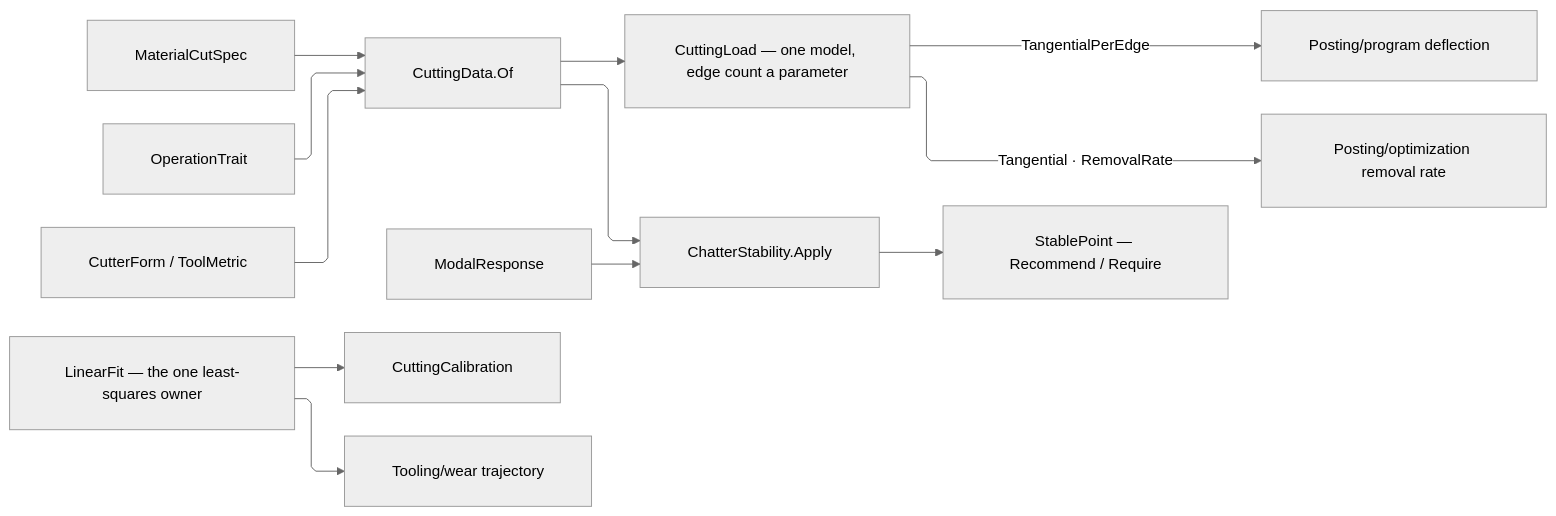
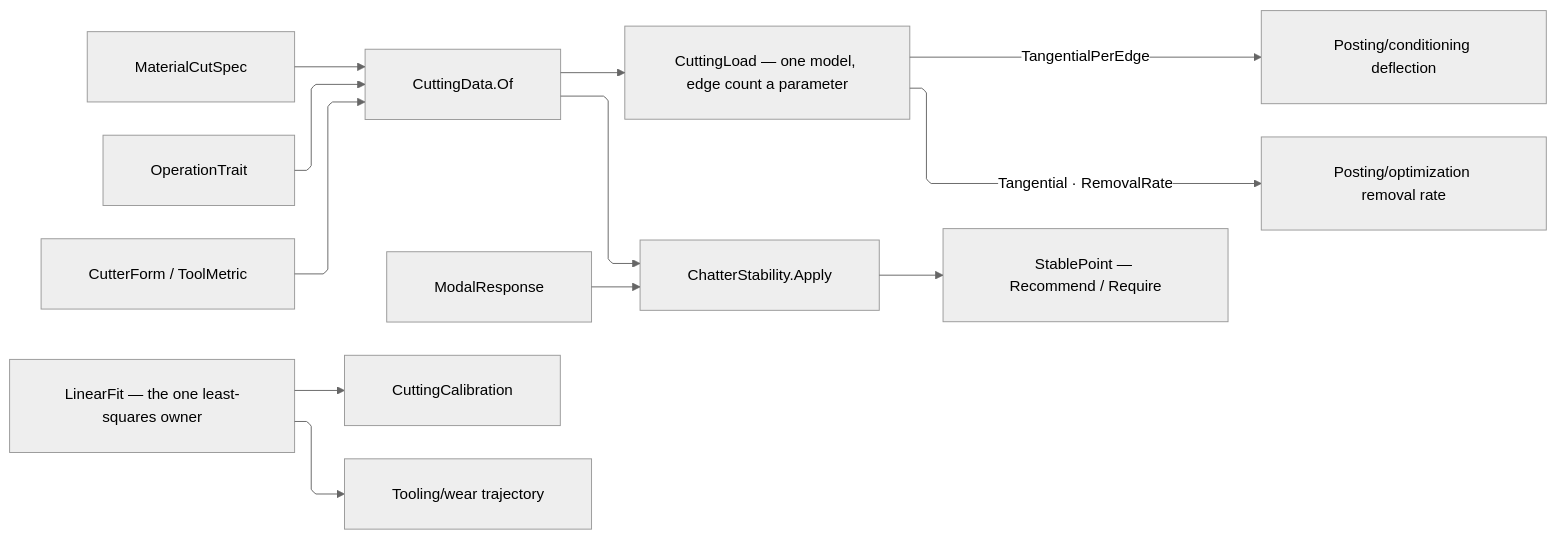
The diagram in libs/csharp/Rasm.Fabrication/.planning/Tooling/cuttingdata.md (bsamiee/Rasm), drawn with Mermaid (neutral theme) before and after one commit. The commit also changed other lines of this file and 818 other files, not shown here.

````diff
--- a/libs/csharp/Rasm.Fabrication/.planning/Tooling/cuttingdata.md
+++ b/libs/csharp/Rasm.Fabrication/.planning/Tooling/cuttingdata.md
@@ -1334,23 +1312,23 @@
 ```mermaid
 ---
 config:
   layout: elk
   flowchart:
     curve: linear
     padding: 25
 ---
 flowchart LR
     accTitle: Cutting-data composition
     accDescr: Material, operation, and tool evidence resolve one cutting load whose per-edge and engaged columns feed deflection and removal-rate consumers, beside the chatter solve that recommends one stable point.
     Material["MaterialCutSpec"] --> Resolve["CuttingData.Of"]
     Operation["OperationTrait"] --> Resolve
     Tool["CutterForm / ToolMetric"] --> Resolve
     Resolve --> Load["CuttingLoad — one model, edge count a parameter"]
-    Load -->|TangentialPerEdge| Deflection["Posting/program deflection"]
+    Load -->|TangentialPerEdge| Deflection["Posting/conditioning deflection"]
     Load -->|Tangential · RemovalRate| Removal["Posting/optimization removal rate"]
     Resolve --> Stability["ChatterStability.Apply"]
     Modal["ModalResponse"] --> Stability
     Stability --> Point["StablePoint — Recommend / Require"]
     Fit["LinearFit — the one least-squares owner"] --> Calibration["CuttingCalibration"]
     Fit --> Wear["Tooling/wear trajectory"]
 ```
````
